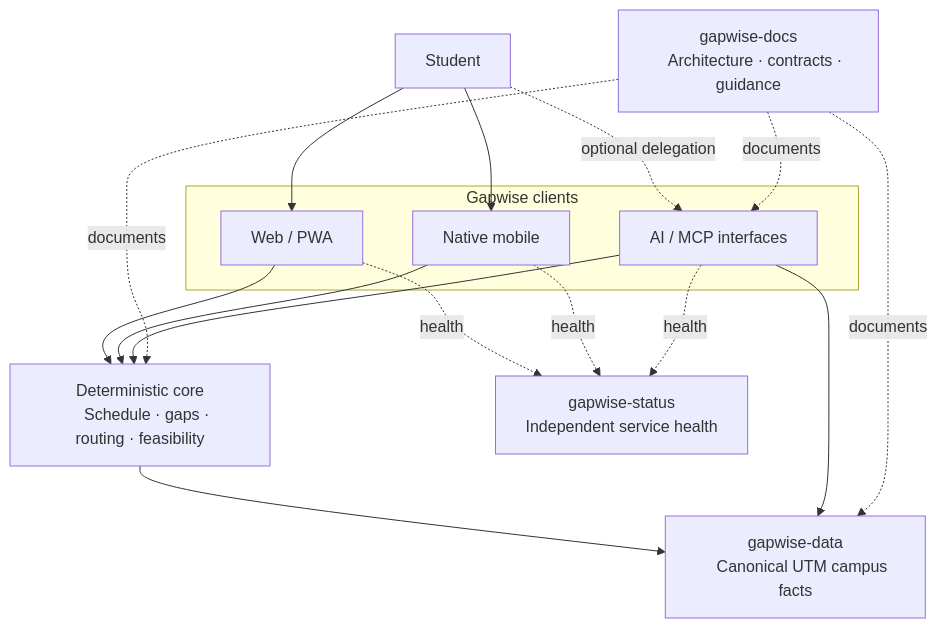
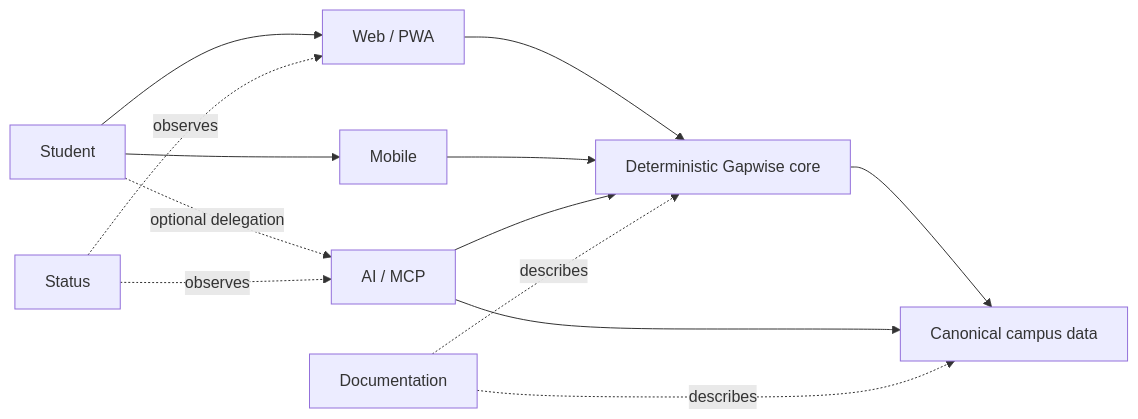
Before and after one commit to Gapwise-for-UTM/.github: the diagram in profile/README.md, drawn with Mermaid. The commit also changed other lines of this file and 9 other files, not shown here.

`````diff
--- a/profile/README.md
+++ b/profile/README.md
@@ -241,41 +40,18 @@
 ```mermaid
-flowchart TB
-    Student["Student"]
+flowchart LR
+    U[Student] --> W[Web / PWA]
+    U --> M[Mobile]
+    U -. optional delegation .-> A[AI / MCP]
 
-    subgraph Clients["Gapwise clients"]
-        Web["Web / PWA"]
-        Mobile["Native mobile"]
-        AI["AI / MCP interfaces"]
-    end
+    W --> C[Deterministic Gapwise core]
+    M --> C
+    A --> C
 
-    Core["Deterministic core
-    Schedule · gaps · routing · feasibility"]
+    C --> D[Canonical campus data]
+    A --> D
 
-    Data["gapwise-data
-    Canonical UTM campus facts"]
-
-    Docs["gapwise-docs
-    Architecture · contracts · guidance"]
-
-    Status["gapwise-status
-    Independent service health"]
-
-    Student --> Web
-    Student --> Mobile
-    Student -. "optional delegation" .-> AI
-
-    Web --> Core
-    Mobile --> Core
-    AI --> Core
-
-    Core --> Data
-    AI --> Data
-
-    Docs -. "documents" .-> Core
-    Docs -. "documents" .-> Data
-    Docs -. "documents" .-> AI
-
-    Web -. "health" .-> Status
-    Mobile -. "health" .-> Status
-    AI -. "health" .-> Status
-````
+    DOCS[Documentation] -. describes .-> C
+    DOCS -. describes .-> D
+    STATUS[Status] -. observes .-> W
+    STATUS -. observes .-> A
+```
`````
